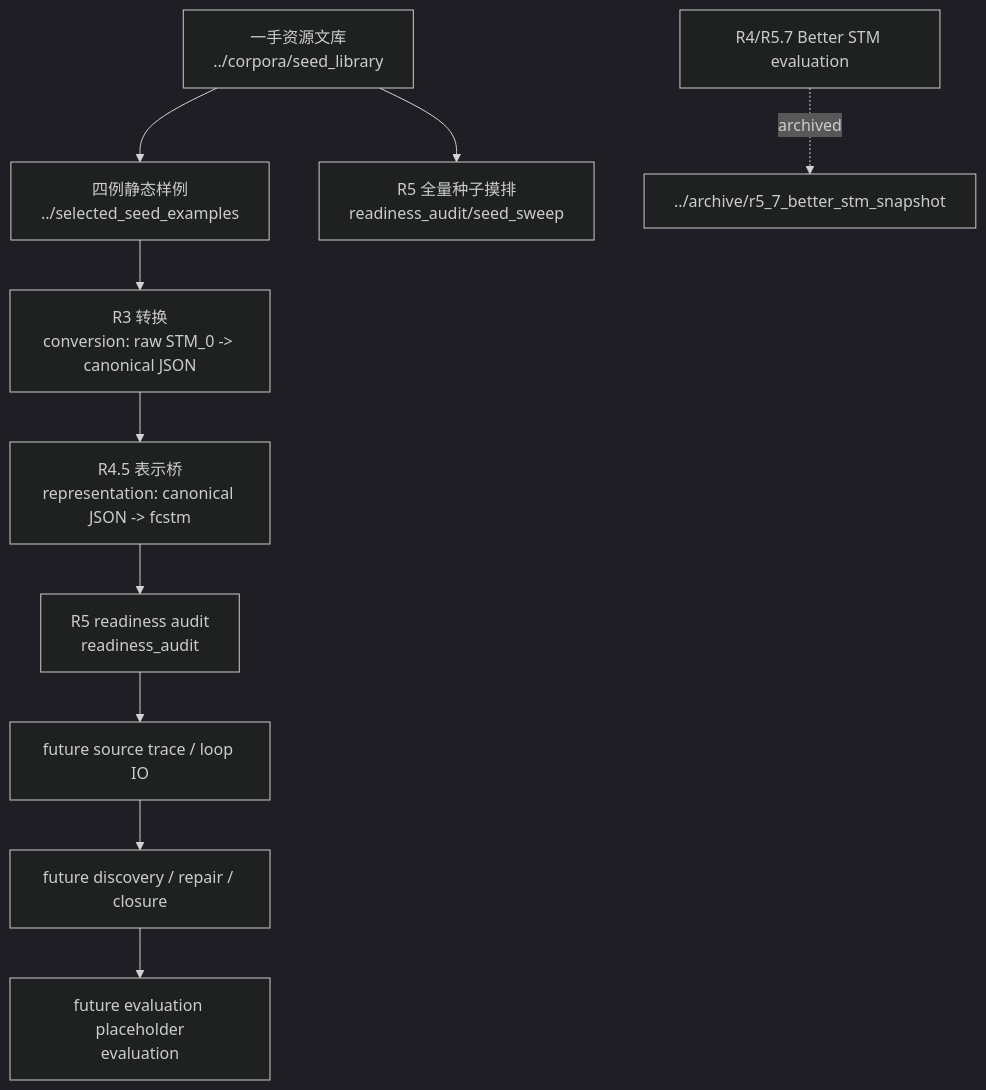
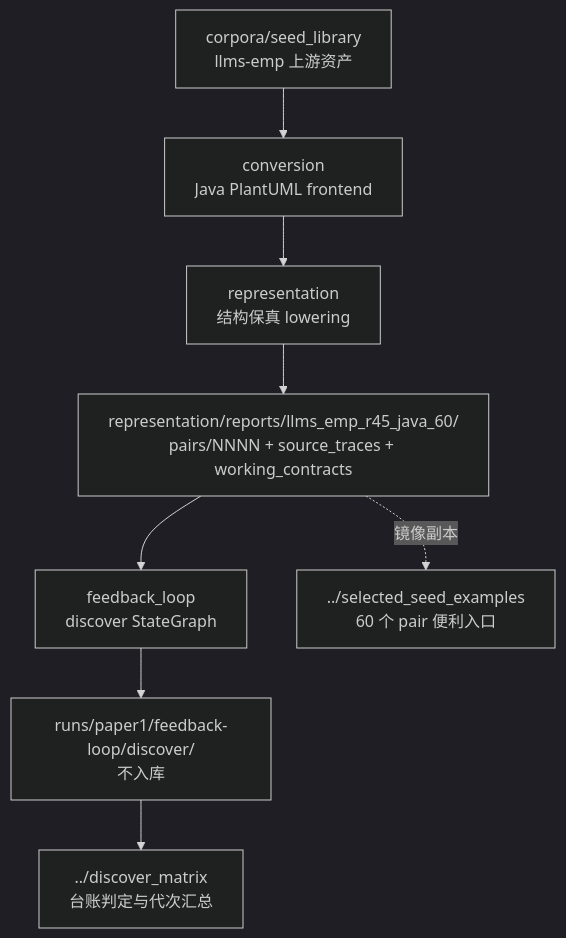
One commit to HansBug/research_ideas changed the diagram in project_1_llm_state_machine_modeling/paper_stm_issue_discover/pipeline/README.md. Above: the diagram before and after it, drawn with Mermaid (dark theme). The commit also changed other lines of this file and 327 other files, not shown here.

````diff
--- a/project_1_llm_state_machine_modeling/paper_stm_issue_discover/pipeline/README.md
+++ b/project_1_llm_state_machine_modeling/paper_stm_issue_discover/pipeline/README.md
@@ -22,12 +27,10 @@
 ```mermaid
 flowchart TD
-  A[一手资源文库<br/>../corpora/seed_library] --> B[四例静态样例<br/>../selected_seed_examples]
-  A --> S[R5 全量种子摸排<br/>readiness_audit/seed_sweep]
-  B --> C[R3 转换<br/>conversion: raw STM_0 -> canonical JSON]
-  C --> E[R4.5 表示桥<br/>representation: canonical JSON -> fcstm]
-  E --> F[R5 readiness audit<br/>readiness_audit]
-  F --> G[future source trace / loop IO]
-  G --> H[future discovery / repair / closure]
-  H --> I[future evaluation placeholder<br/>evaluation]
-  Z[R4/R5.7 Better STM evaluation] -. archived .-> Y[../archive/r5_7_better_stm_snapshot]
+  A["corpora/seed_library<br/>llms-emp 上游资产"] --> B["conversion<br/>Java PlantUML frontend"]
+  B --> C["representation<br/>结构保真 lowering"]
+  C --> D["representation/reports/llms_emp_r45_java_60/<br/>pairs/NNNN + source_traces + working_contracts"]
+  D --> E["feedback_loop<br/>discover StateGraph"]
+  E --> F["runs/paper1/feedback-loop/discover/<br/>不入库"]
+  F --> G["../discover_matrix<br/>台账判定与代次汇总"]
+  D -.镜像副本.-> H["../selected_seed_examples<br/>60 个 pair 便利入口"]
 ```
````
